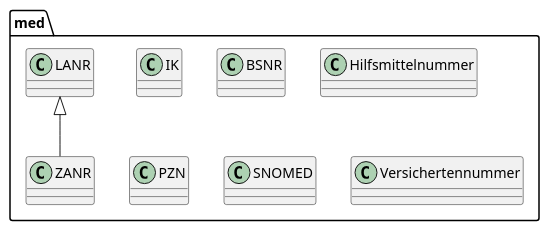
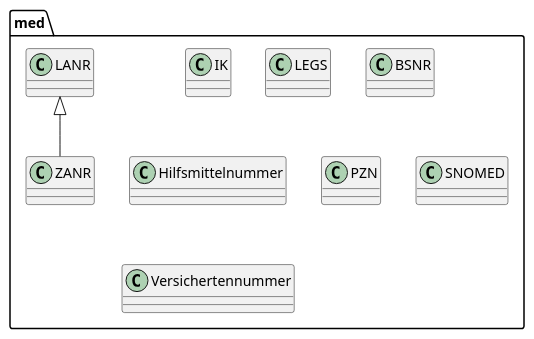
One commit to oboehm/jfachwert changed the diagram in src/main/asciidoc/images/package-med.puml. Above: the diagram before and after it, drawn with PlantUML.

Commit message:
Doku aktualisiert

```diff
--- a/src/main/asciidoc/images/package-med.puml
+++ b/src/main/asciidoc/images/package-med.puml
@@ -1,18 +1,19 @@
 @startuml
 
 package "med" {
 
     class IK
     class LANR
+    class LEGS
     class BSNR
     class Hilfsmittelnummer
     class PZN
     class SNOMED
     class Versichertennummer
     class ZANR
 
     LANR <|-- ZANR
 
 }
 
 @enduml
```
